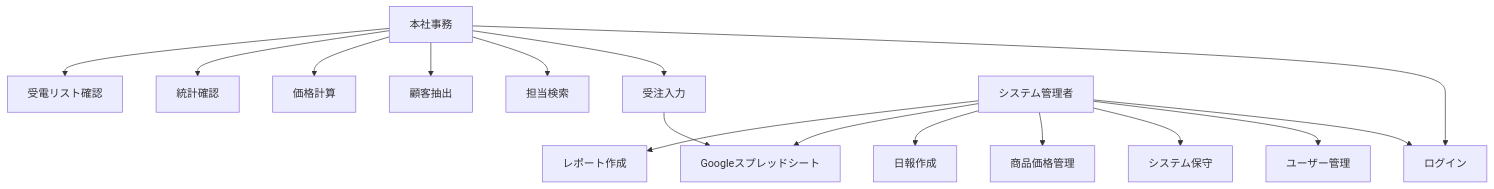
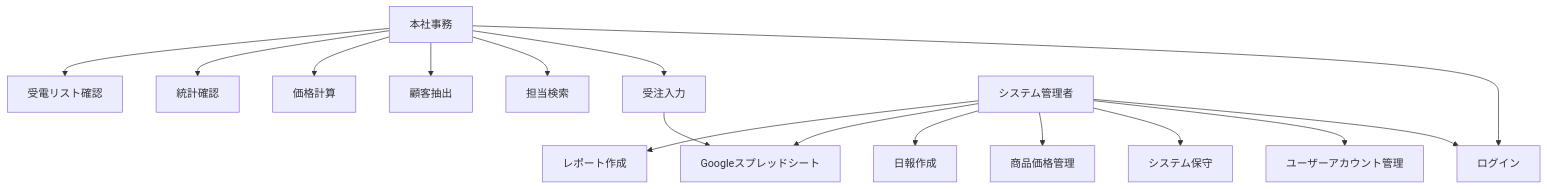
The diagram in docs/要件定義.md (0046-shun/studix), drawn with Mermaid before and after one commit. The commit also changed other lines of this file and 2 other files, not shown here.

````diff
--- a/docs/要件定義.md
+++ b/docs/要件定義.md
@@ -324,20 +358,20 @@
 ```mermaid
 graph TD
     A[本社事務] --> B[ログイン]
     A --> C[受注入力]
     A --> D[担当検索]
     A --> E[顧客抽出]
     A --> F[価格計算]
     A --> G[統計確認]
     A --> I[受電リスト確認]
     
     J[システム管理者] --> B
-    J --> K[ユーザー管理]
+    J --> K[ユーザーアカウント管理]
     J --> L[システム保守]
     J --> M[商品価格管理]
     J --> N[日報作成]
     J --> O[月次集計作業]
     J --> P[レポート作成]
     
     C --> O[Googleスプレッドシート]
 ```
````
